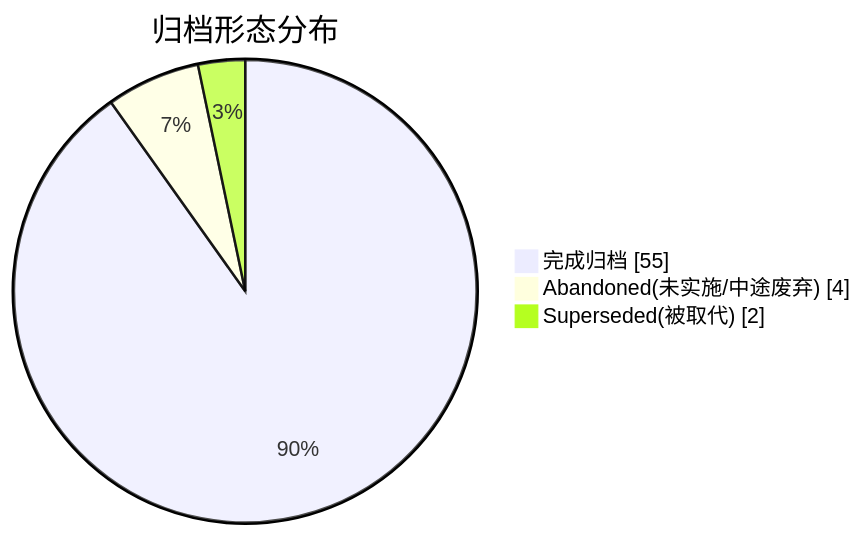
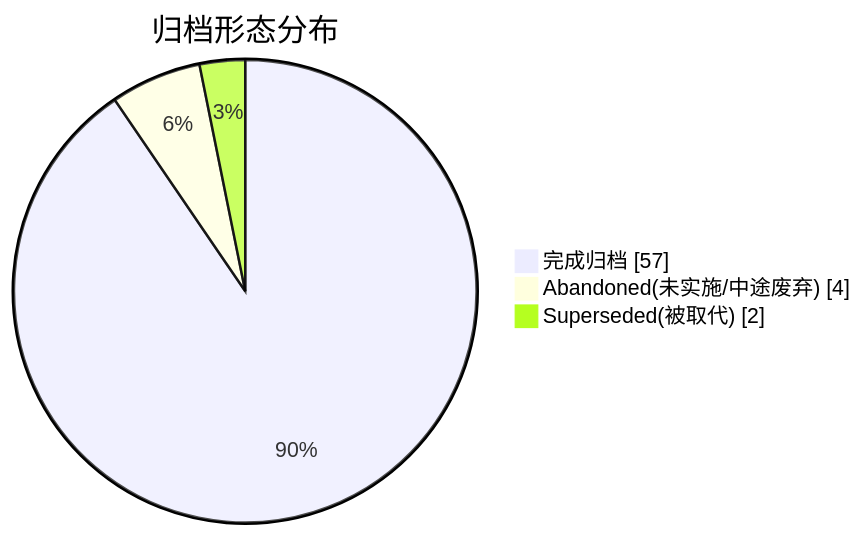
The second of 2 diagrams in docs/superpowers/ARCHIVE.md (golddream-y/obsidian-ratel), drawn with Mermaid before and after one commit. The commit also changed other lines of this file and 4 other files, not shown here.

````diff
--- a/docs/superpowers/ARCHIVE.md
+++ b/docs/superpowers/ARCHIVE.md
@@ -24,6 +24,6 @@
 ```mermaid
 pie showData title 归档形态分布
-    "完成归档" : 55
+    "完成归档" : 57
     "Abandoned(未实施/中途废弃)" : 4
     "Superseded(被取代)" : 2
 ```
````
